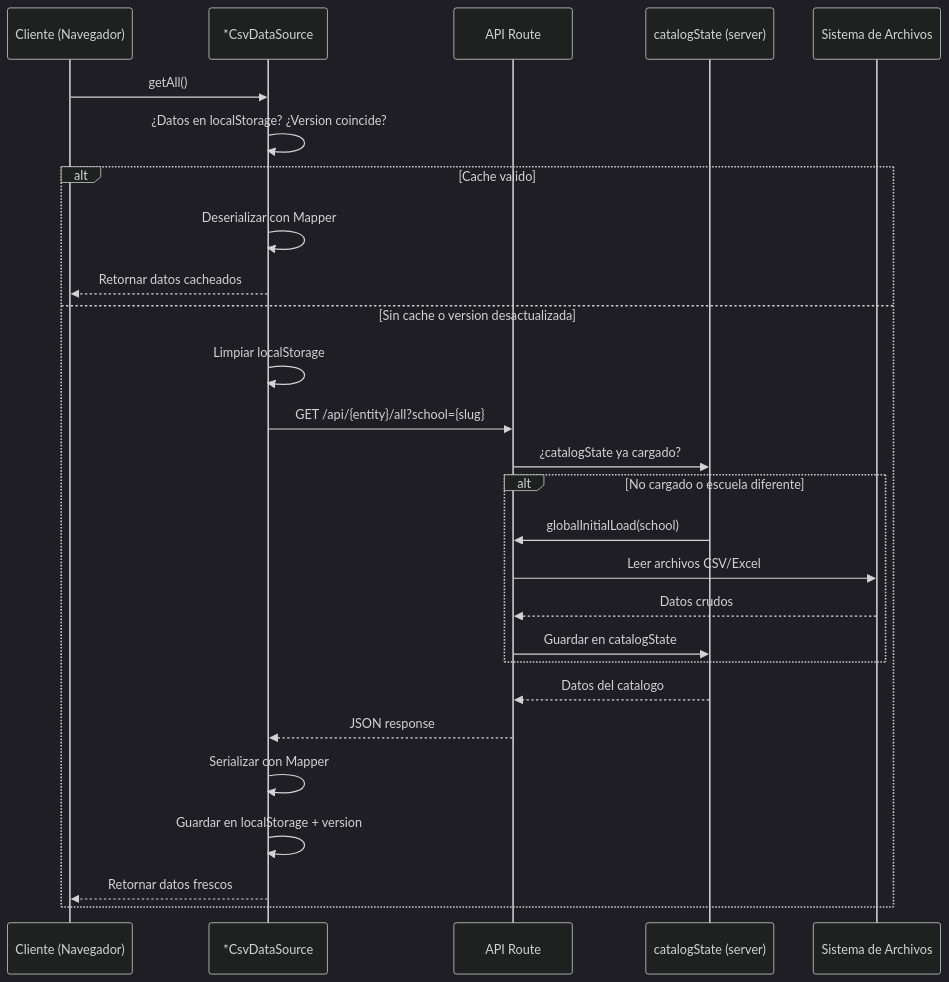
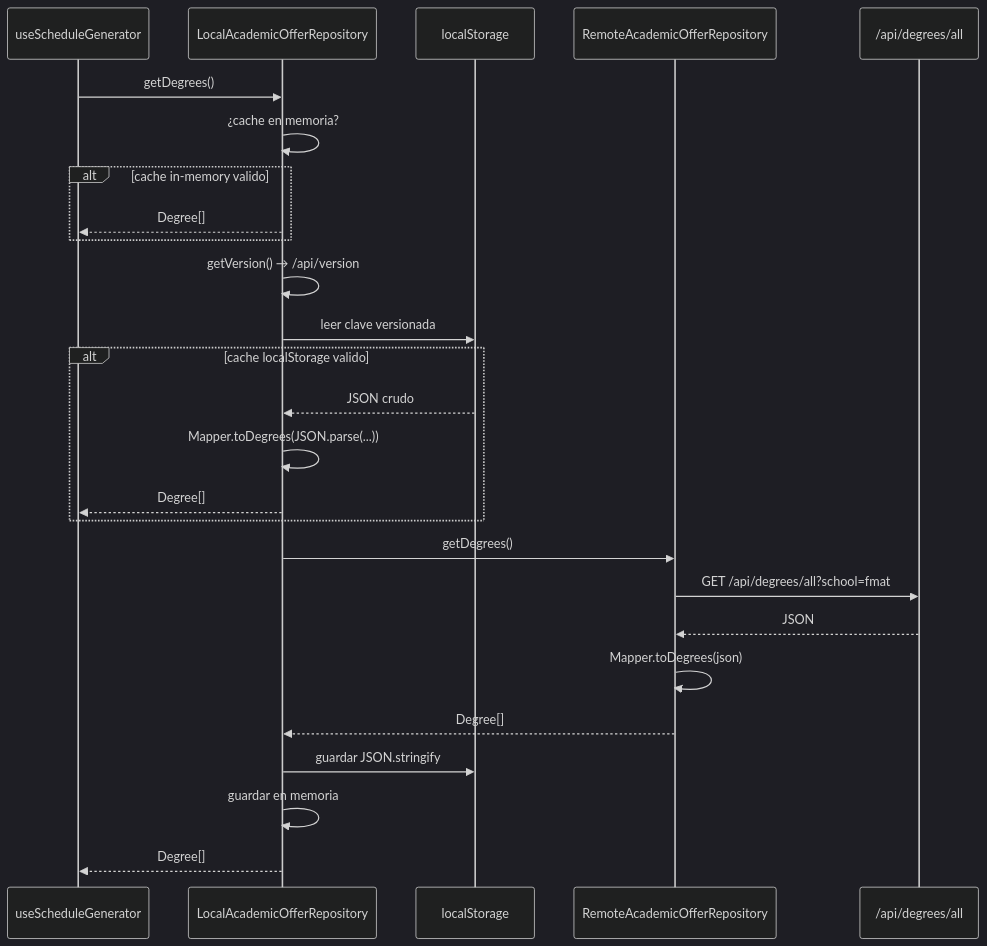
One commit to KiinMx/Kiin changed diagram 12 of 22 in docs/architecture.md. Above: the diagram before and after it, drawn with Mermaid (dark theme). The commit also changed other lines of this file and 9 other files, not shown here.

First line of the commit message:
feat: Refactor initial load process and introduce FmatAdapter for Excel data handling

````diff
--- a/docs/architecture.md
+++ b/docs/architecture.md
@@ -360,30 +474,29 @@
 ```mermaid
 sequenceDiagram
-    participant Client as Cliente (Navegador)
-    participant DS as *CsvDataSource
-    participant API as API Route
-    participant State as catalogState (server)
-    participant FS as Sistema de Archivos
+    participant Hook as useScheduleGenerator
+    participant Local as LocalAcademicOfferRepository
+    participant LS as localStorage
+    participant Remote as RemoteAcademicOfferRepository
+    participant API as /api/degrees/all
 
-    Client->>DS: getAll()
-    DS->>DS: ¿Datos en localStorage? ¿Version coincide?
-    alt Cache valido
-        DS->>DS: Deserializar con Mapper
-        DS-->>Client: Retornar datos cacheados
-    else Sin cache o version desactualizada
-        DS->>DS: Limpiar localStorage
-        DS->>API: GET /api/{entity}/all?school={slug}
-        API->>State: ¿catalogState ya cargado?
-        alt No cargado o escuela diferente
-            State->>API: globalInitialLoad(school)
-            API->>FS: Leer archivos CSV/Excel
-            FS-->>API: Datos crudos
-            API->>State: Guardar en catalogState
-        end
-        State-->>API: Datos del catalogo
-        API-->>DS: JSON response
-        DS->>DS: Serializar con Mapper
-        DS->>DS: Guardar en localStorage + version
-        DS-->>Client: Retornar datos frescos
+    Hook->>Local: getDegrees()
+    Local->>Local: ¿cache en memoria?
+    alt cache in-memory valido
+        Local-->>Hook: Degree[]
     end
+    Local->>Local: getVersion() → /api/version
+    Local->>LS: leer clave versionada
+    alt cache localStorage valido
+        LS-->>Local: JSON crudo
+        Local->>Local: Mapper.toDegrees(JSON.parse(...))
+        Local-->>Hook: Degree[]
+    end
+    Local->>Remote: getDegrees()
+    Remote->>API: GET /api/degrees/all?school=fmat
+    API-->>Remote: JSON
+    Remote->>Remote: Mapper.toDegrees(json)
+    Remote-->>Local: Degree[]
+    Local->>LS: guardar JSON.stringify
+    Local->>Local: guardar en memoria
+    Local-->>Hook: Degree[]
 ```
````
